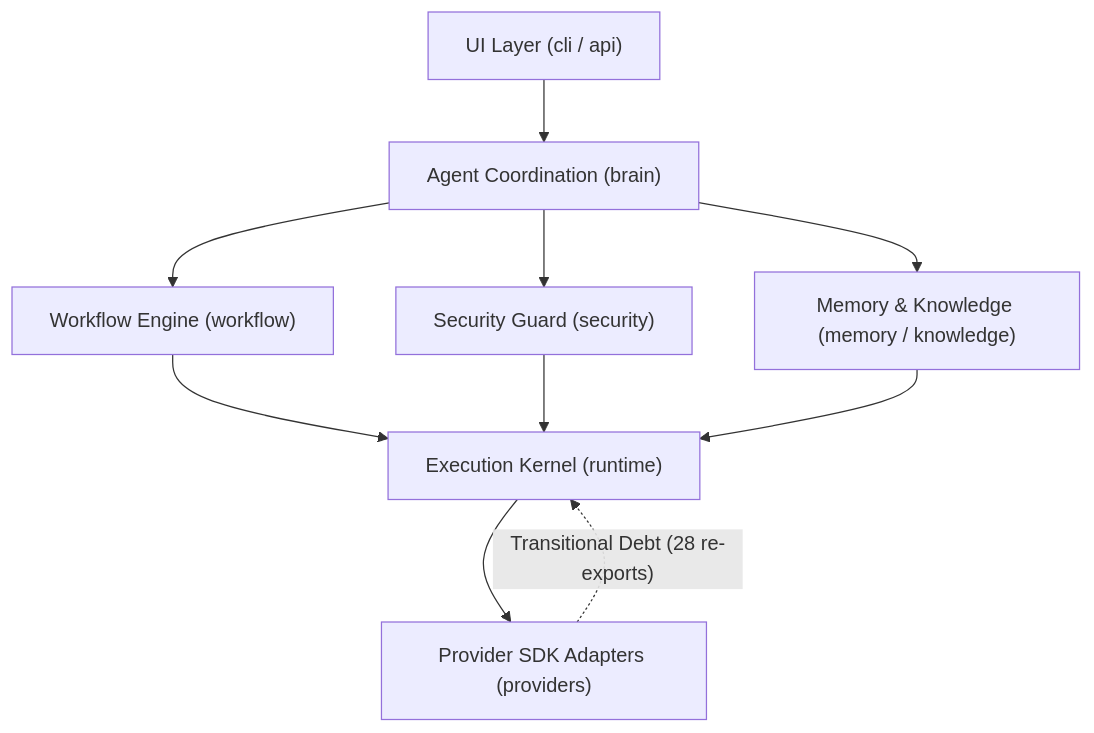
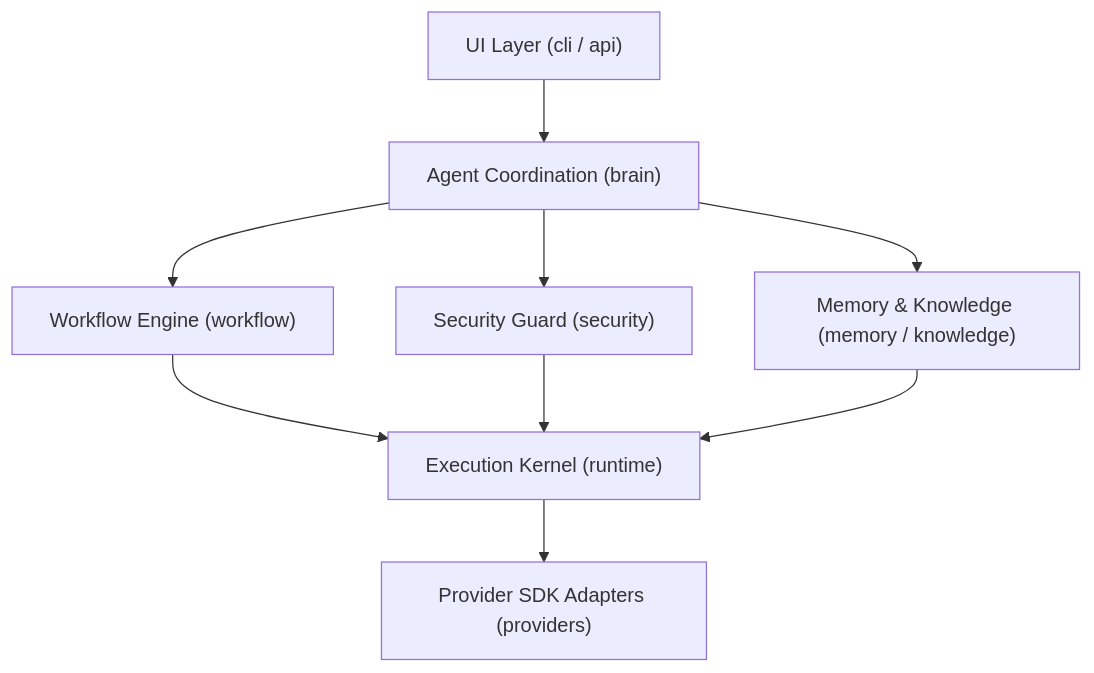
The diagram in reports/dependency_graph.mmd (Irs622/nexusai), drawn with Mermaid before and after one commit. The commit also changed 15 other files, not shown here.

First line of the commit message:
fix(architecture): eliminate transitional debt, sanitize plugins, and mitigate ChromaDB CVEs

````diff
--- a/reports/dependency_graph.mmd
+++ b/reports/dependency_graph.mmd
@@ -1,12 +1,11 @@
 ```mermaid
 graph TD
     CLI_API["UI Layer (cli / api)"] --> Brain["Agent Coordination (brain)"]
     Brain --> Workflow["Workflow Engine (workflow)"]
     Brain --> Security["Security Guard (security)"]
     Brain --> Memory["Memory & Knowledge (memory / knowledge)"]
     Workflow --> Runtime["Execution Kernel (runtime)"]
     Security --> Runtime
     Memory --> Runtime
     Runtime --> Providers["Provider SDK Adapters (providers)"]
-    Providers -. "Transitional Debt (28 re-exports)" .-> Runtime
 ```
````
